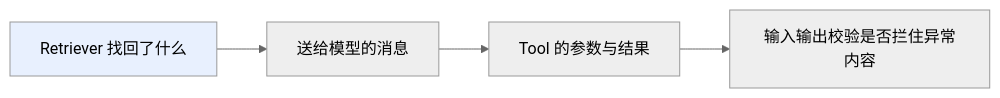
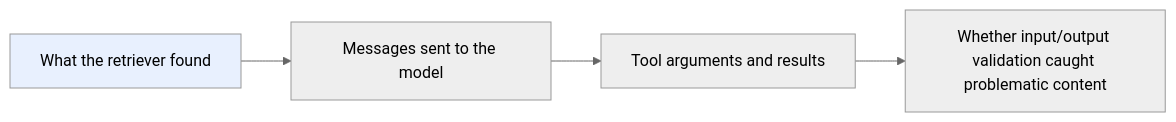
One commit to oneleaveknowsthefall/awesome-ai-roadmap changed the second of 2 diagrams in docs/frameworks/01-langchain/03-ecosystem/08-langchain4j.md. Above: the diagram before and after it, drawn with Mermaid (neutral theme). The commit also changed other lines of this file and 70 other files, not shown here.

````diff
--- a/docs/frameworks/01-langchain/03-ecosystem/08-langchain4j.md
+++ b/docs/frameworks/01-langchain/03-ecosystem/08-langchain4j.md
@@ -233,6 +235,6 @@
 ```mermaid
 flowchart LR
-    A["Retriever 找回了什么"] --> B["送给模型的消息"] --> C["Tool 的参数与结果"] --> D["输入输出校验是否拦住异常内容"]
+    A["What the retriever found"] --> B["Messages sent to the model"] --> C["Tool arguments and results"] --> D["Whether input/output validation caught problematic content"]
 
     style A fill:#e8f0fe
 ```
````
